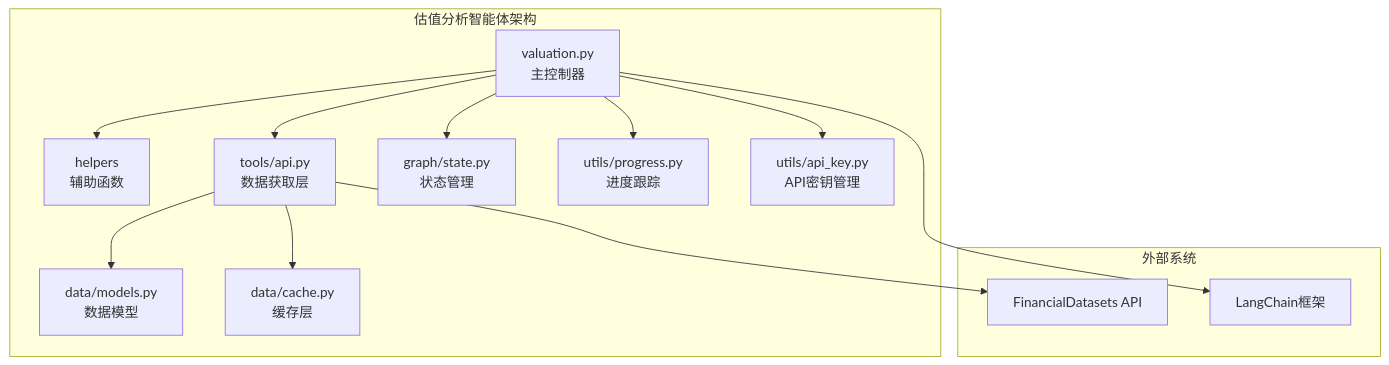
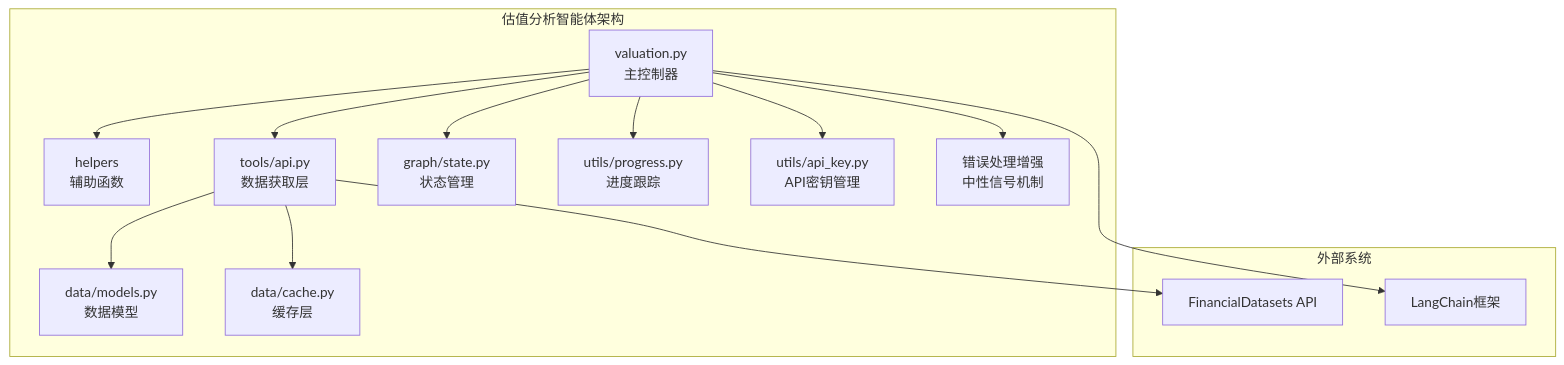
One commit to lichen14-hash/ai-hedge-fund changed the first of 14 diagrams in .qoder/repowiki/zh/content/多智能体系统/专业分析智能体/估值分析智能体.md. Above: the diagram before and after it, drawn with Mermaid. The commit also changed other lines of this file and 24 other files, not shown here.

````diff
--- a/.qoder/repowiki/zh/content/多智能体系统/专业分析智能体/估值分析智能体.md
+++ b/.qoder/repowiki/zh/content/多智能体系统/专业分析智能体/估值分析智能体.md
@@ -39,26 +49,28 @@
 ```mermaid
 graph TB
 subgraph "估值分析智能体架构"
 VA[valuation.py<br/>主控制器]
 HF[helpers<br/>辅助函数]
 API[tools/api.py<br/>数据获取层]
 MD[data/models.py<br/>数据模型]
 CA[data/cache.py<br/>缓存层]
 ST[graph/state.py<br/>状态管理]
 PR[utils/progress.py<br/>进度跟踪]
 AK[utils/api_key.py<br/>API密钥管理]
+EH[错误处理增强<br/>中性信号机制]
 end
 subgraph "外部系统"
 FD[FinancialDatasets API]
 LC[LangChain框架]
 end
 VA --> HF
 VA --> API
 VA --> ST
 VA --> PR
 VA --> AK
+VA --> EH
 API --> FD
 API --> CA
 API --> MD
 VA --> LC
 ```
````
